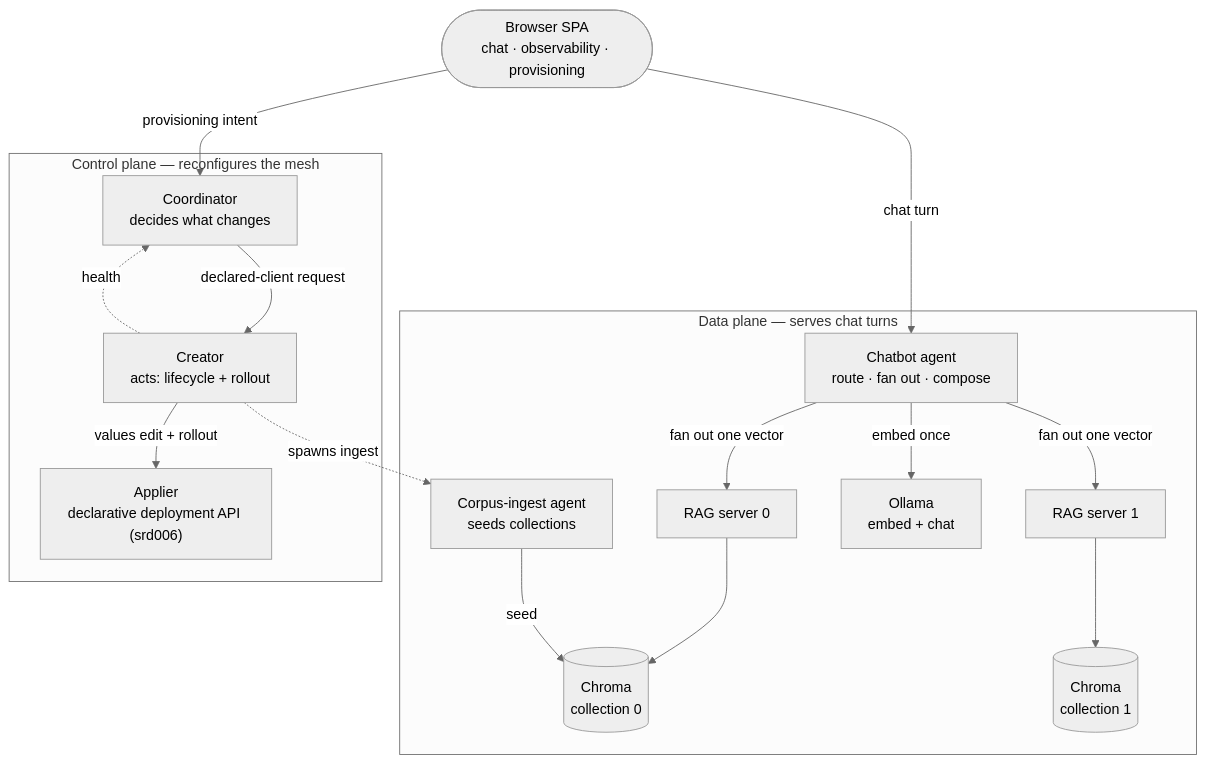
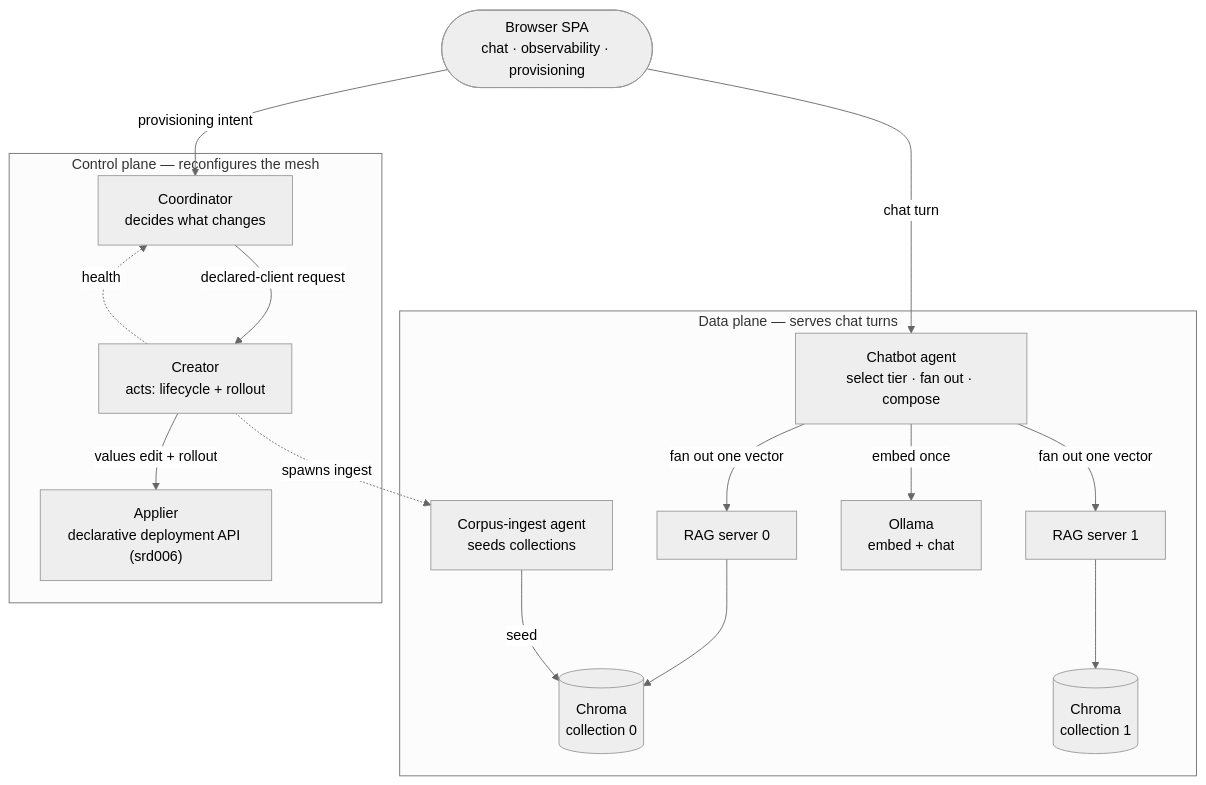
The first of 4 diagrams in examples/chatbot-mesh/docs/how-it-works.md (Acharya320/declarative-agents), drawn with Mermaid (neutral theme) before and after one commit. The commit also changed other lines of this file and 56 other files, not shown here.

First line of the commit message:
Rename chatbot model routing to tier selection (GH-904)

````diff
--- a/examples/chatbot-mesh/docs/how-it-works.md
+++ b/examples/chatbot-mesh/docs/how-it-works.md
@@ -20,33 +20,33 @@
 ```mermaid
 flowchart TB
   User(["Browser SPA<br/>chat · observability · provisioning"])
 
   subgraph DP["Data plane — serves chat turns"]
-    CB["Chatbot agent<br/>route · fan out · compose"]
+    CB["Chatbot agent<br/>select tier · fan out · compose"]
     R0["RAG server 0"]
     R1["RAG server 1"]
     CH0[("Chroma<br/>collection 0")]
     CH1[("Chroma<br/>collection 1")]
     OLL["Ollama<br/>embed + chat"]
     ING["Corpus-ingest agent<br/>seeds collections"]
   end
 
   subgraph CP["Control plane — reconfigures the mesh"]
     CO["Coordinator<br/>decides what changes"]
     CR["Creator<br/>acts: lifecycle + rollout"]
     EX["Applier<br/>declarative deployment API (srd006)"]
   end
 
   User -->|chat turn| CB
   User -->|provisioning intent| CO
 
   CB -->|embed once| OLL
   CB -->|fan out one vector| R0 --> CH0
   CB -->|fan out one vector| R1 --> CH1
   ING -->|seed| CH0
 
   CO -->|declared-client request| CR
   CR -->|values edit + rollout| EX
   CR -.->|spawns ingest| ING
   CR -.->|health| CO
 ```
````
